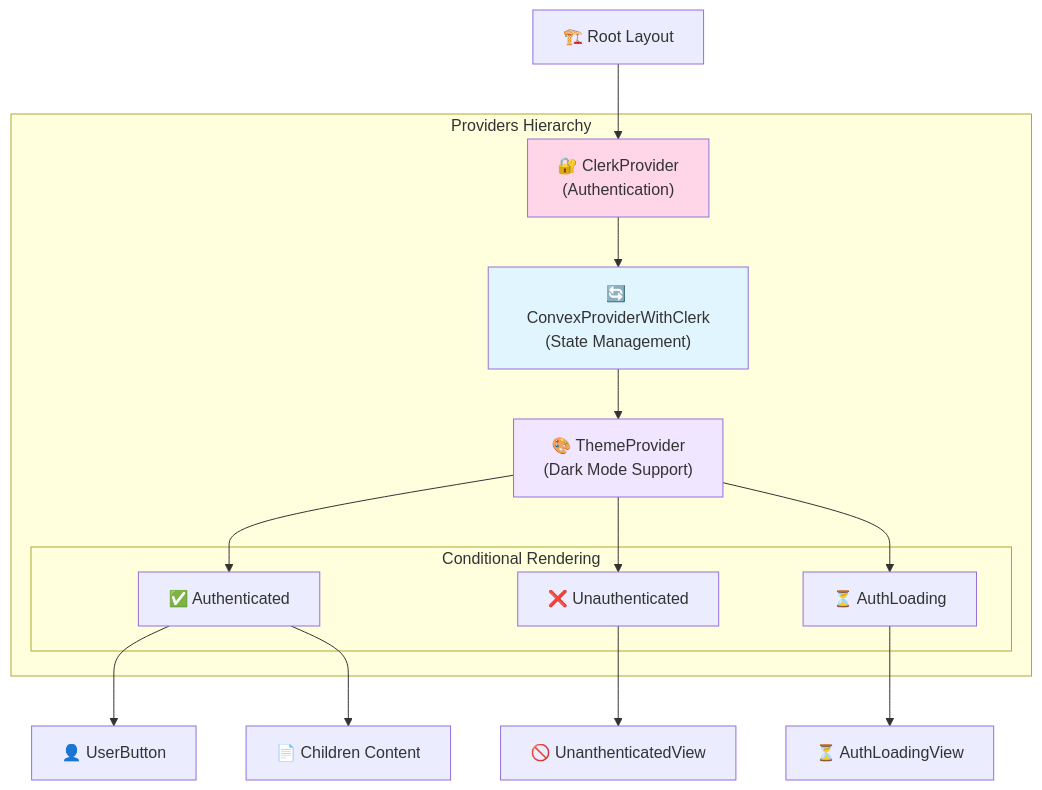
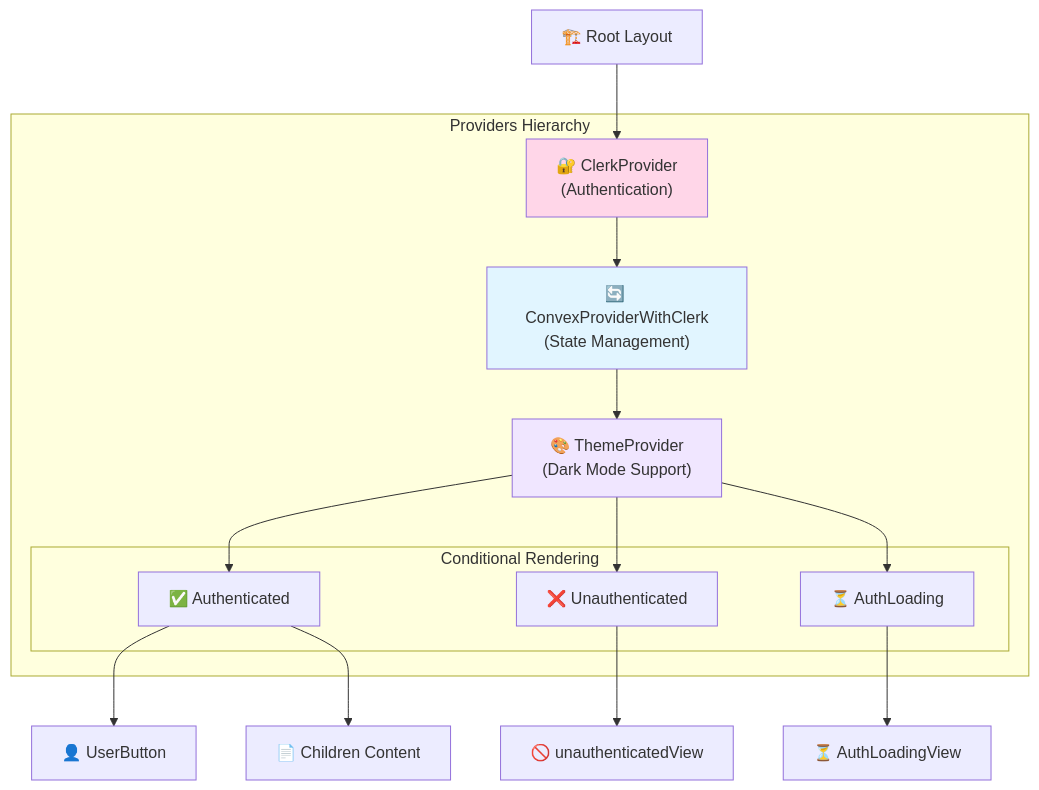
Before and after one commit to Code-with-Jok/v0-dev: the fifth of 7 diagrams in docs/business-logic-mindmap.md, drawn with Mermaid. The commit also changed other lines of this file and 4 other files, not shown here.

Commit message:
feat: Add unauthenticated view component, Convex TypeScript configuration, and extensive documentation including business logic mindmap and setup guides.

````diff
--- a/docs/business-logic-mindmap.md
+++ b/docs/business-logic-mindmap.md
@@ -194,34 +194,34 @@
 ```mermaid
 graph TB
     RootLayout["🏗️ Root Layout"]
 
     subgraph "Providers Hierarchy"
         ClerkProvider["🔐 ClerkProvider<br/>(Authentication)"]
         ConvexProvider["🔄 ConvexProviderWithClerk<br/>(State Management)"]
         ThemeProvider["🎨 ThemeProvider<br/>(Dark Mode Support)"]
 
         subgraph "Conditional Rendering"
             Authenticated["✅ Authenticated"]
             Unauthenticated["❌ Unauthenticated"]
             AuthLoading["⏳ AuthLoading"]
         end
     end
 
     RootLayout --> ClerkProvider
     ClerkProvider --> ConvexProvider
     ConvexProvider --> ThemeProvider
 
     ThemeProvider --> Authenticated
     ThemeProvider --> Unauthenticated
     ThemeProvider --> AuthLoading
 
     Authenticated --> UserButton["👤 UserButton"]
     Authenticated --> Children["📄 Children Content"]
 
-    Unauthenticated --> UnanthView["🚫 UnanthenticatedView"]
+    Unauthenticated --> UnanthView["🚫 unauthenticatedView"]
     AuthLoading --> LoadingView["⏳ AuthLoadingView"]
 
     style ClerkProvider fill:#ffd6e8
     style ConvexProvider fill:#e1f5ff
     style ThemeProvider fill:#f0e6ff
 ```
````
